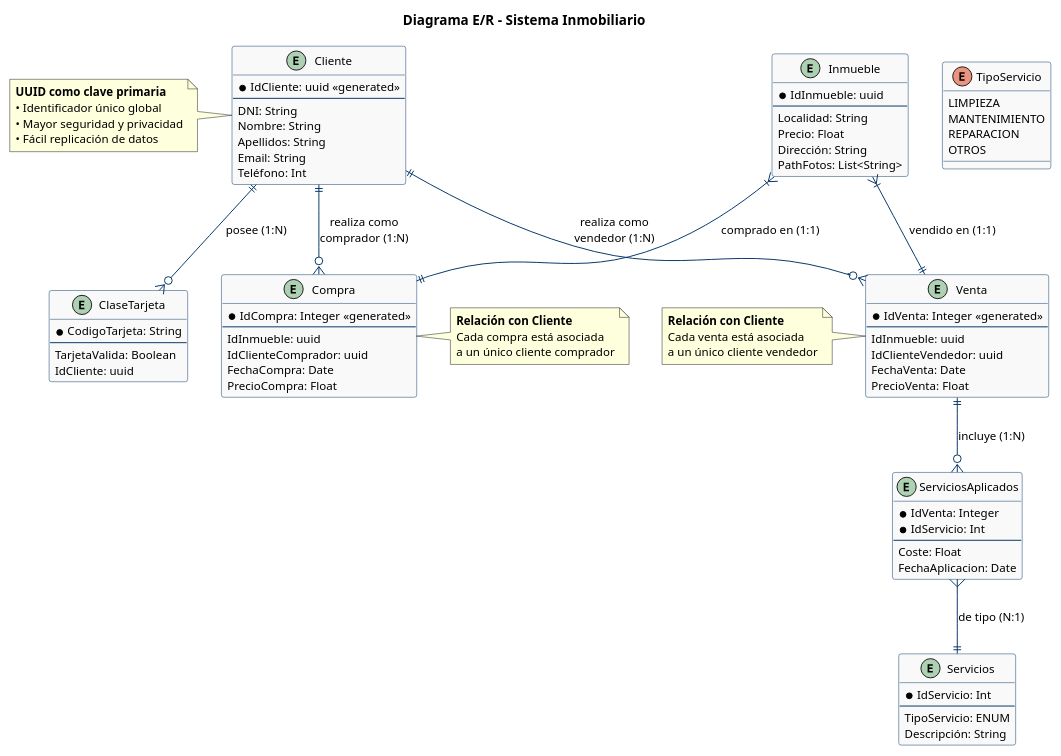
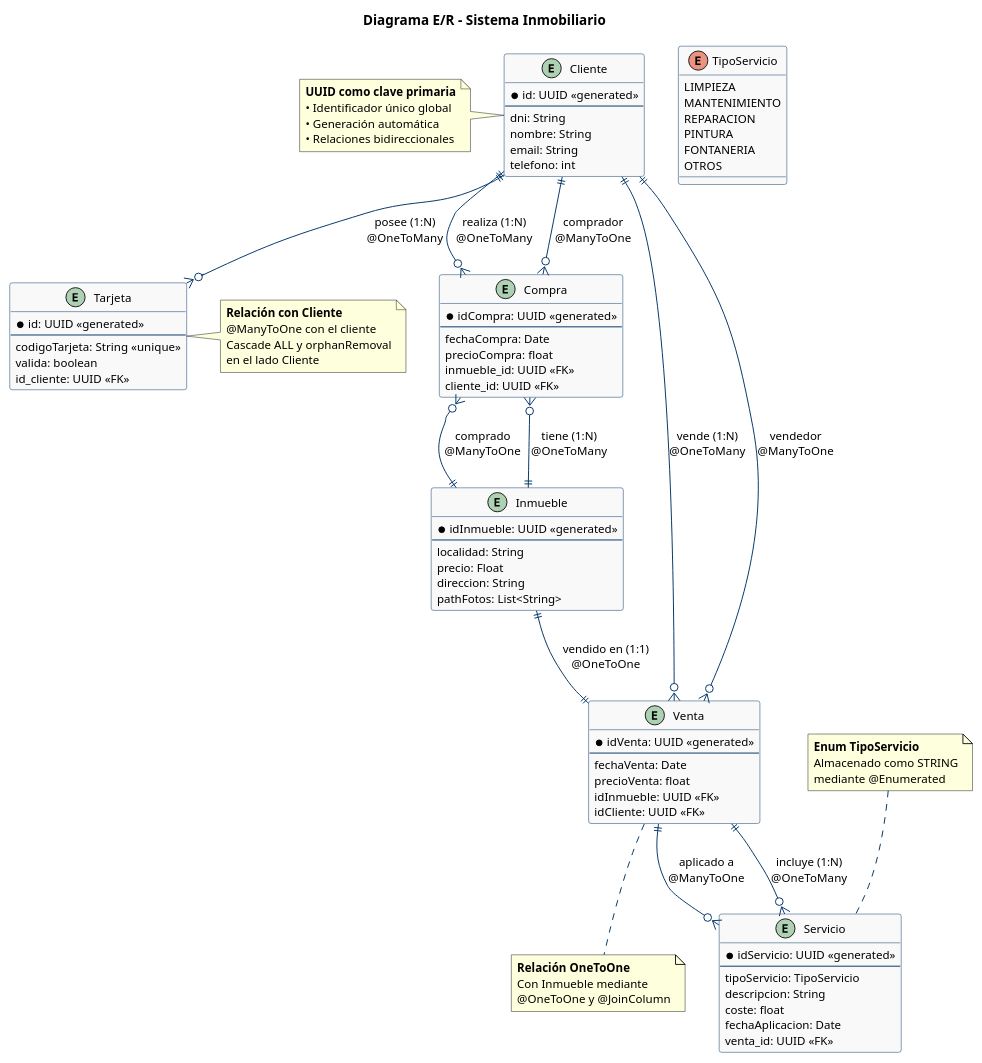
The diagram in diagramas/enti.puml (jfernandlg/CompraDoor-MDAI), drawn with PlantUML before and after one commit. The commit also changed 1 other file, not shown here.

Commit message:
Modificado Diagrama E/R

```diff
--- a/diagramas/enti.puml
+++ b/diagramas/enti.puml
@@ -1,115 +1,125 @@
 @startuml
 'https://plantuml.com/class-diagram
 
 skinparam {
   shadowing false
   arrowColor #003366
   borderColor #003366
   classBackgroundColor #f9f9f9
   classBorderColor #003366
   classFontSize 12
   classFontStyle normal
   defaultFontSize 12
 }
 
 title "Diagrama E/R - Sistema Inmobiliario"
 
 entity Cliente {
-  * IdCliente: uuid <<generated>>
+  * id: UUID <<generated>>
   --
-  DNI: String
-  Nombre: String
-  Apellidos: String
-  Email: String
-  Teléfono: Int
+  dni: String
+  nombre: String
+  email: String
+  telefono: int
 }
 
-entity ClaseTarjeta {
-  * CodigoTarjeta: String
+entity Tarjeta {
+  * id: UUID <<generated>>
   --
-  TarjetaValida: Boolean
-  IdCliente: uuid
+  codigoTarjeta: String <<unique>>
+  valida: boolean
+  id_cliente: UUID <<FK>>
 }
 
 entity Inmueble {
-  * IdInmueble: uuid
+  * idInmueble: UUID <<generated>>
   --
-  Localidad: String
-  Precio: Float
-  Dirección: String
-  PathFotos: List<String>
+  localidad: String
+  precio: Float
+  direccion: String
+  pathFotos: List<String>
 }
 
 entity Compra {
-  * IdCompra: Integer <<generated>>
+  * idCompra: UUID <<generated>>
   --
-  IdInmueble: uuid
-  IdClienteComprador: uuid
-  FechaCompra: Date
-  PrecioCompra: Float
+  fechaCompra: Date
+  precioCompra: float
+  inmueble_id: UUID <<FK>>
+  cliente_id: UUID <<FK>>
 }
 
 entity Venta {
-  * IdVenta: Integer <<generated>>
+  * idVenta: UUID <<generated>>
   --
-  IdInmueble: uuid
-  IdClienteVendedor: uuid
-  FechaVenta: Date
-  PrecioVenta: Float
+  fechaVenta: Date
+  precioVenta: float
+  idInmueble: UUID <<FK>>
+  idCliente: UUID <<FK>>
 }
 
-entity Servicios {
-  * IdServicio: Int
+entity Servicio {
+  * idServicio: UUID <<generated>>
   --
-  TipoServicio: ENUM
-  Descripción: String
+  tipoServicio: TipoServicio
+  descripcion: String
+  coste: float
+  fechaAplicacion: Date
+  venta_id: UUID <<FK>>
 }
+
 
 enum TipoServicio {
   LIMPIEZA
   MANTENIMIENTO
   REPARACION
+  PINTURA
+  FONTANERIA
   OTROS
 }
 
-entity ServiciosAplicados {
-  * IdVenta: Integer
-  * IdServicio: Int
-  --
-  Coste: Float
-  FechaAplicacion: Date
-}
+' ========== RELACIONES ==========
+Cliente ||--o{ Tarjeta : "posee (1:N)\n@OneToMany"
 
-' ========== RELACIONES ==========
-Cliente ||--o{ ClaseTarjeta : "posee (1:N)"
+Cliente ||--o{ Compra : "realiza (1:N)\n@OneToMany"
+Compra }o--|| Cliente : "comprador\n@ManyToOne"
 
-Cliente ||--o{ Compra : "realiza como\ncomprador (1:N)"
-Cliente ||--o{ Venta : "realiza como\nvendedor (1:N)"
+Cliente ||--o{ Venta : "vende (1:N)\n@OneToMany"
+Venta }o--|| Cliente : "vendedor\n@ManyToOne"
 
-Inmueble }|--|| Compra : "comprado en (1:1)"
-Inmueble }|--|| Venta : "vendido en (1:1)"
+Inmueble ||--o{ Compra : "tiene (1:N)\n@OneToMany"
+Compra }o--|| Inmueble : "comprado\n@ManyToOne"
 
-Venta ||--o{ ServiciosAplicados : "incluye (1:N)"
-ServiciosAplicados }--|| Servicios : "de tipo (N:1)"
+Inmueble ||--|| Venta : "vendido en (1:1)\n@OneToOne"
+
+Venta ||--o{ Servicio : "incluye (1:N)\n@OneToMany"
+Servicio }o--|| Venta : "aplicado a\n@ManyToOne"
 
 note left of Cliente
   <b>UUID como clave primaria</b>
   • Identificador único global
-  • Mayor seguridad y privacidad
-  • Fácil replicación de datos
+  • Generación automática
+  • Relaciones bidireccionales
 end note
 
-note right of Compra
+note right of Tarjeta
   <b>Relación con Cliente</b>
-  Cada compra está asociada
-  a un único cliente comprador
+  @ManyToOne con el cliente
+  Cascade ALL y orphanRemoval
+  en el lado Cliente
 end note
 
-note left of Venta
-  <b>Relación con Cliente</b>
-  Cada venta está asociada
-  a un único cliente vendedor
+note bottom of Venta
+  <b>Relación OneToOne</b>
+  Con Inmueble mediante
+  @OneToOne y @JoinColumn
+end note
+
+note top of Servicio
+  <b>Enum TipoServicio</b>
+  Almacenado como STRING
+  mediante @Enumerated
 end note
 
 \
 @enduml
```
